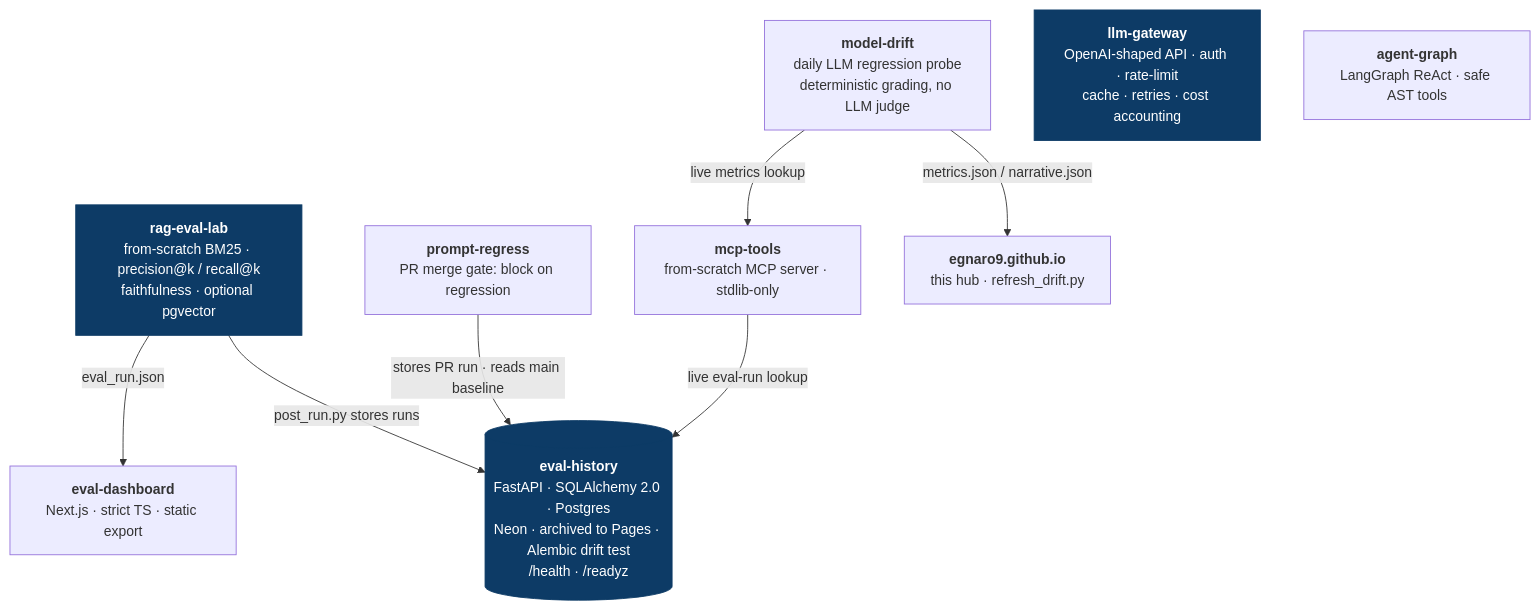
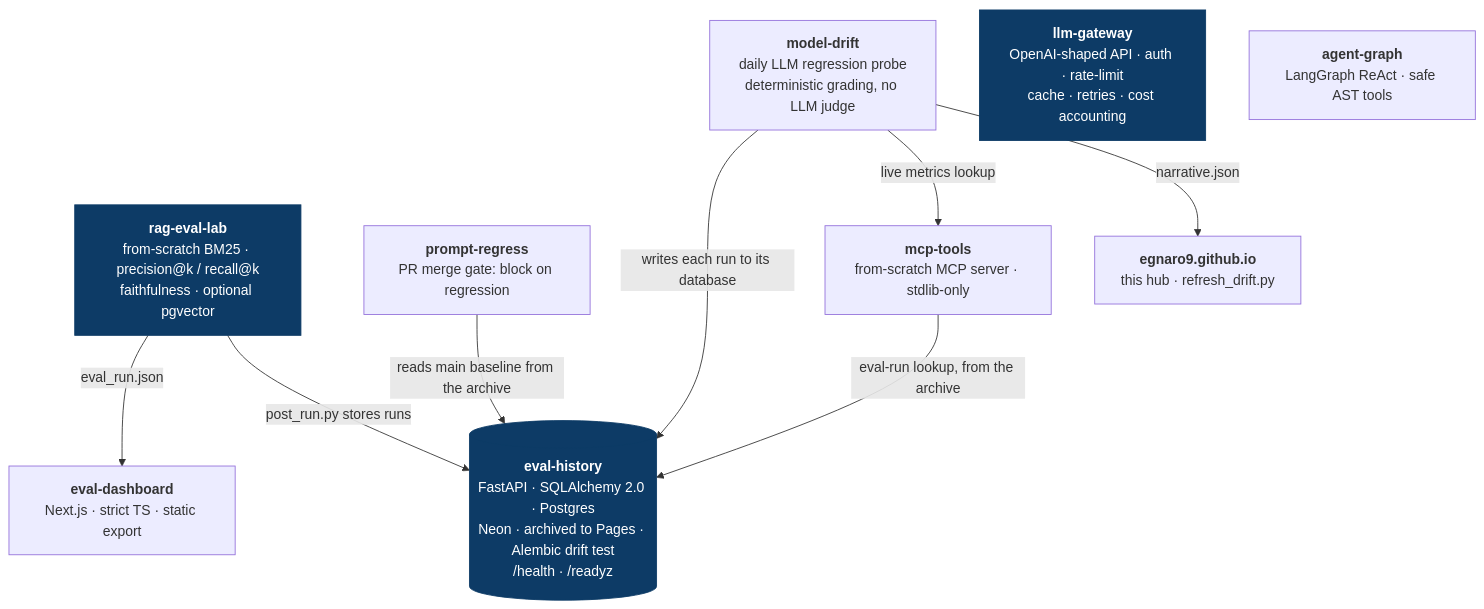
The diagram in README.md (egnaro9/egnaro9.github.io), drawn with Mermaid before and after one commit. The commit also changed other lines of this file and 15 other files, not shown here.

````diff
--- a/README.md
+++ b/README.md
@@ -50,22 +54,23 @@
 ```mermaid
 flowchart TD
     MD["<b>model-drift</b><br/>daily LLM regression probe<br/>deterministic grading, no LLM judge"]
     EH[("<b>eval-history</b><br/>FastAPI · SQLAlchemy 2.0 · Postgres<br/>Neon · archived to Pages · Alembic drift test<br/>/health · /readyz")]
     GW["<b>llm-gateway</b><br/>OpenAI-shaped API · auth · rate-limit<br/>cache · retries · cost accounting"]
     REL["<b>rag-eval-lab</b><br/>from-scratch BM25 · precision@k / recall@k<br/>faithfulness · optional pgvector"]
     DASH["<b>eval-dashboard</b><br/>Next.js · strict TS · static export"]
     PR["<b>prompt-regress</b><br/>PR merge gate: block on regression"]
     AG["<b>agent-graph</b><br/>LangGraph ReAct · safe AST tools"]
     MCP["<b>mcp-tools</b><br/>from-scratch MCP server · stdlib-only"]
     HUB["<b>egnaro9.github.io</b><br/>this hub · refresh_drift.py"]
 
-    MD -->|metrics.json / narrative.json| HUB
+    MD -->|narrative.json| HUB
     MD -->|live metrics lookup| MCP
+    MD -->|writes each run to its database| EH
     REL -->|post_run.py stores runs| EH
-    PR -->|stores PR run · reads main baseline| EH
-    MCP -->|live eval-run lookup| EH
+    PR -->|reads main baseline from the archive| EH
+    MCP -->|eval-run lookup, from the archive| EH
     REL -->|eval_run.json| DASH
 
     classDef svc fill:#0d3b66,stroke:#0d3b66,color:#fff;
     class EH,GW,REL svc;
 ```
````
